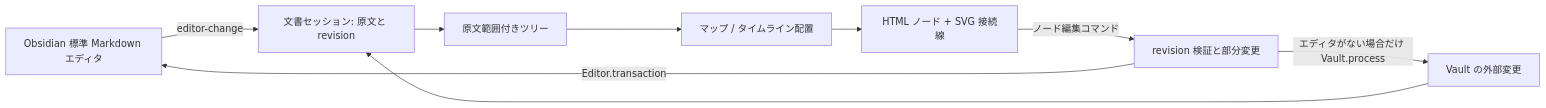
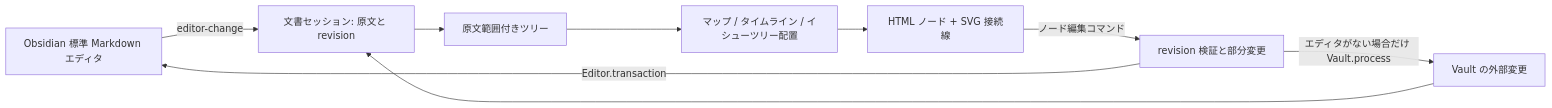
The diagram in docs/architecture.md (hiroyaiizuka/Mappy), drawn with Mermaid before and after one commit. The commit also changed other lines of this file and 7 other files, not shown here.

````diff
--- a/docs/architecture.md
+++ b/docs/architecture.md
@@ -9,11 +9,11 @@
 ```mermaid
 flowchart LR
   E[Obsidian 標準 Markdown エディタ] -->|editor-change| S[文書セッション: 原文と revision]
   S --> P[原文範囲付きツリー]
-  P --> L[マップ / タイムライン配置]
+  P --> L[マップ / タイムライン / イシューツリー配置]
   L --> V[HTML ノード + SVG 接続線]
   V -->|ノード編集コマンド| C[revision 検証と部分変更]
   C -->|Editor.transaction| E
   F[Vault の外部変更] --> S
   C -->|エディタがない場合だけ Vault.process| F
 ```
````
